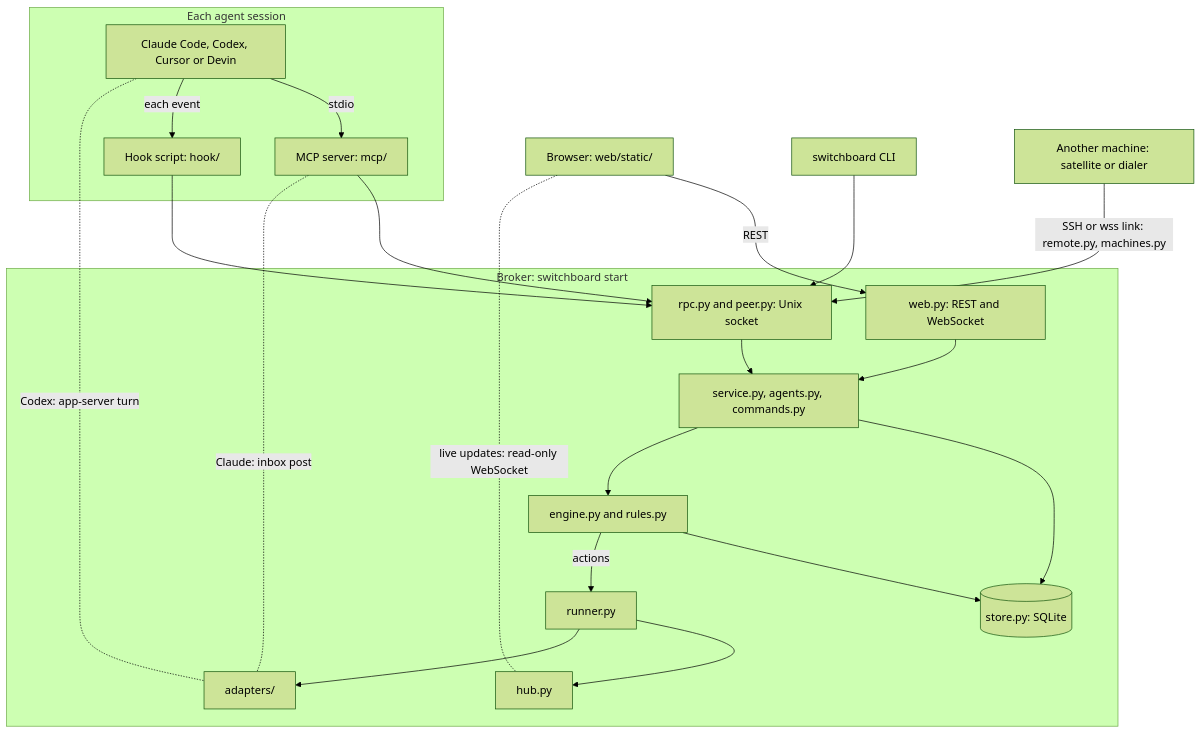
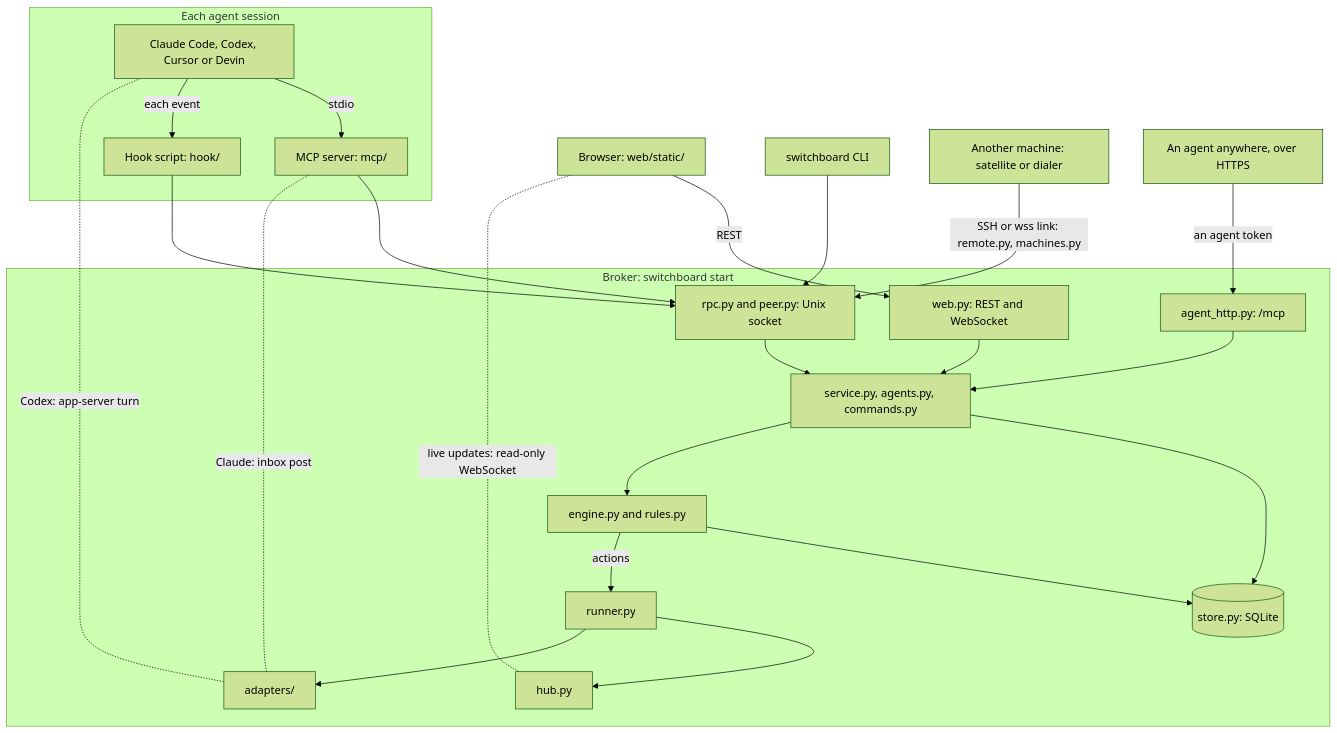
The diagram in docs/ARCHITECTURE.md (amahpour/switchboard), drawn with Mermaid (forest theme) before and after one commit. The commit also changed other lines of this file and 17 other files, not shown here.

Commit message:
feat(agents): Codex reaches switchboard over HTTPS at /mcp (#389)

````diff
--- a/docs/ARCHITECTURE.md
+++ b/docs/ARCHITECTURE.md
@@ -9,40 +9,44 @@
 ```mermaid
 flowchart TB
   subgraph session["Each agent session"]
     harness["Claude Code, Codex, Cursor or Devin"]
     mcp["MCP server: mcp/"]
     hook["Hook script: hook/"]
   end
   browser["Browser: web/static/"]
   cli["switchboard CLI"]
   far["Another machine: satellite or dialer"]
+  elsewhere["An agent anywhere, over HTTPS"]
   subgraph broker["Broker: switchboard start"]
     web["web.py: REST and WebSocket"]
+    http["agent_http.py: /mcp"]
     rpc["rpc.py and peer.py: Unix socket"]
     svc["service.py, agents.py, commands.py"]
     engine["engine.py and rules.py"]
     store[("store.py: SQLite")]
     runner["runner.py"]
     hub["hub.py"]
     adapters["adapters/"]
   end
 
   harness -- "stdio" --> mcp
   harness -- "each event" --> hook
   browser -- "REST" --> web
   mcp --> rpc
   hook --> rpc
   cli --> rpc
   far -- "SSH or wss link: remote.py, machines.py" --> rpc
+  elsewhere -- "an agent token" --> http
   web --> svc
+  http --> svc
   rpc --> svc
   svc --> store
   svc --> engine
   engine --> store
   engine -- "actions" --> runner
   runner --> hub
   runner --> adapters
   browser -. "live updates: read-only WebSocket" .- hub
   mcp -. "Claude: inbox post" .- adapters
   harness -. "Codex: app-server turn" .- adapters
 ```
````
